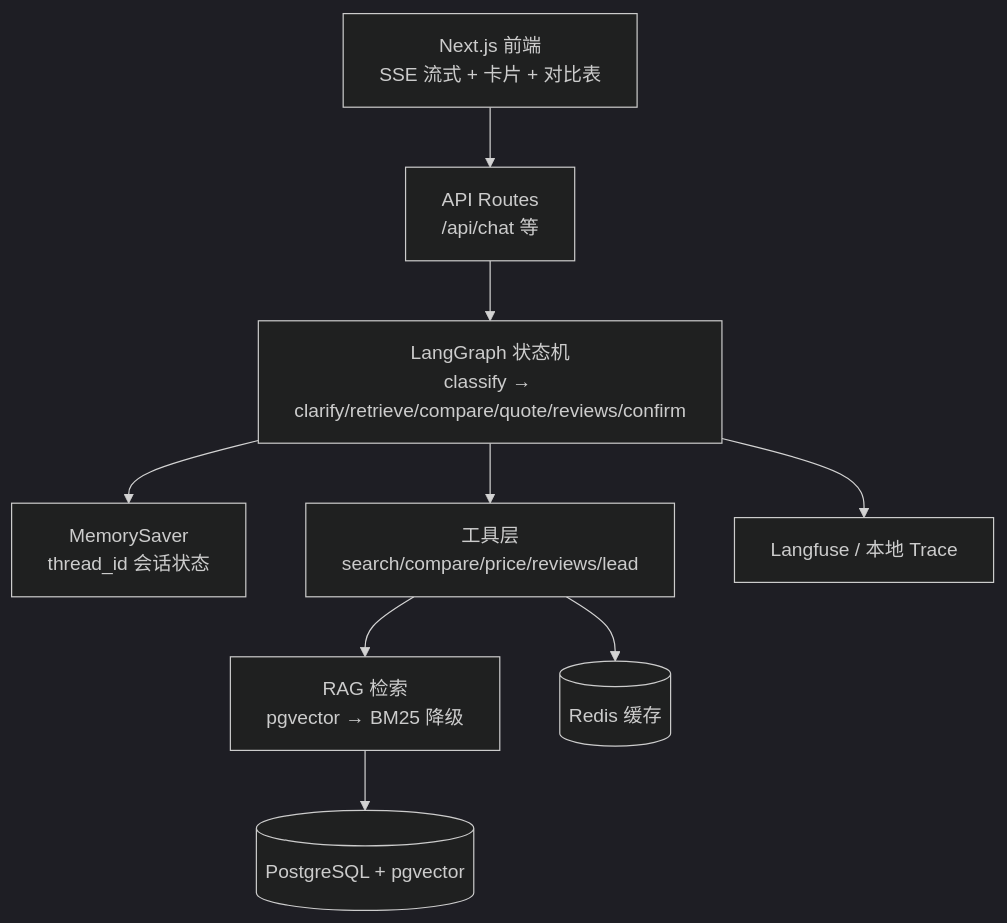
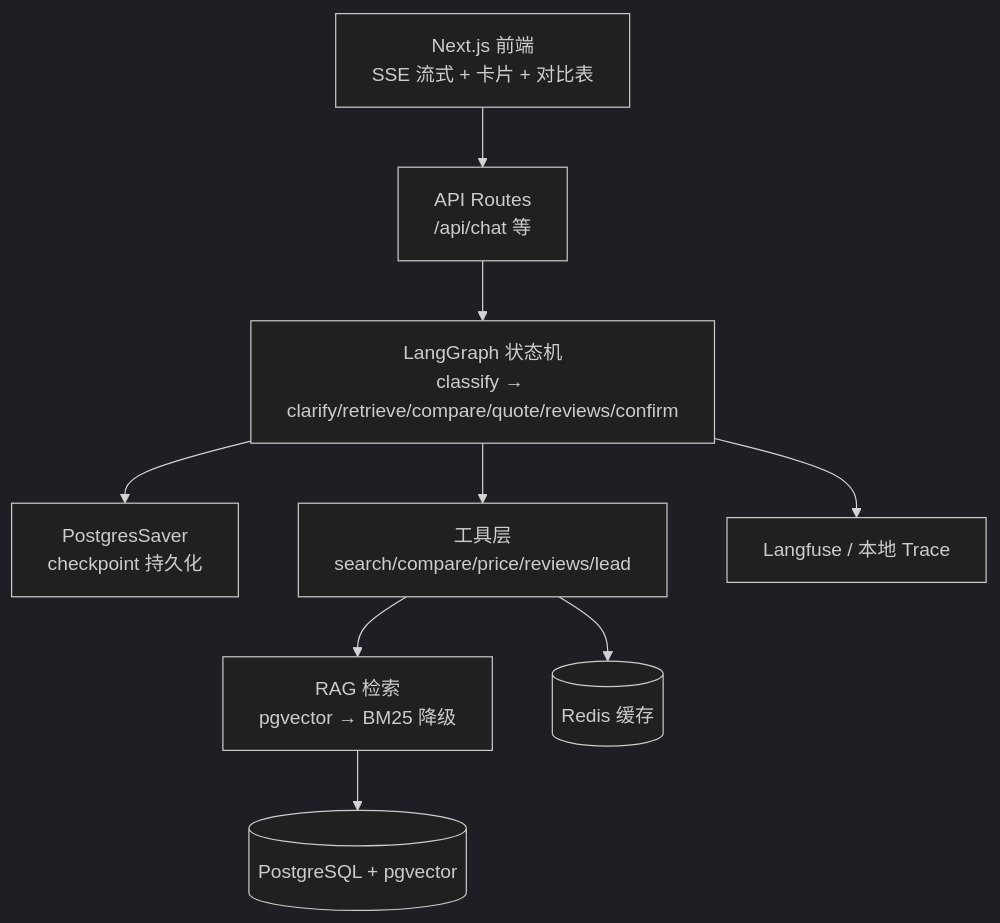
Before and after one commit to Rifo-30/car-advisor-agent: the diagram in README.md, drawn with Mermaid (dark theme). The commit also changed other lines of this file and 6 other files, not shown here.

First line of the commit message:
feat: 接入 PostgresSaver 持久化 Checkpointer

````diff
--- a/README.md
+++ b/README.md
@@ -82,19 +82,19 @@
 ```mermaid
 flowchart TB
   UI[Next.js 前端<br/>SSE 流式 + 卡片 + 对比表]
   API[API Routes<br/>/api/chat 等]
   G[LangGraph 状态机<br/>classify → clarify/retrieve/compare/quote/reviews/confirm]
-  MEM[MemorySaver<br/>thread_id 会话状态]
+  MEM[PostgresSaver<br/>checkpoint 持久化]
   TOOLS[工具层<br/>search/compare/price/reviews/lead]
   RAG[RAG 检索<br/>pgvector → BM25 降级]
   PG[(PostgreSQL + pgvector)]
   REDIS[(Redis 缓存)]
   LF[Langfuse / 本地 Trace]
 
   UI --> API --> G
   G --> MEM
   G --> TOOLS
   TOOLS --> RAG --> PG
   TOOLS --> REDIS
   G --> LF
 ```
````
